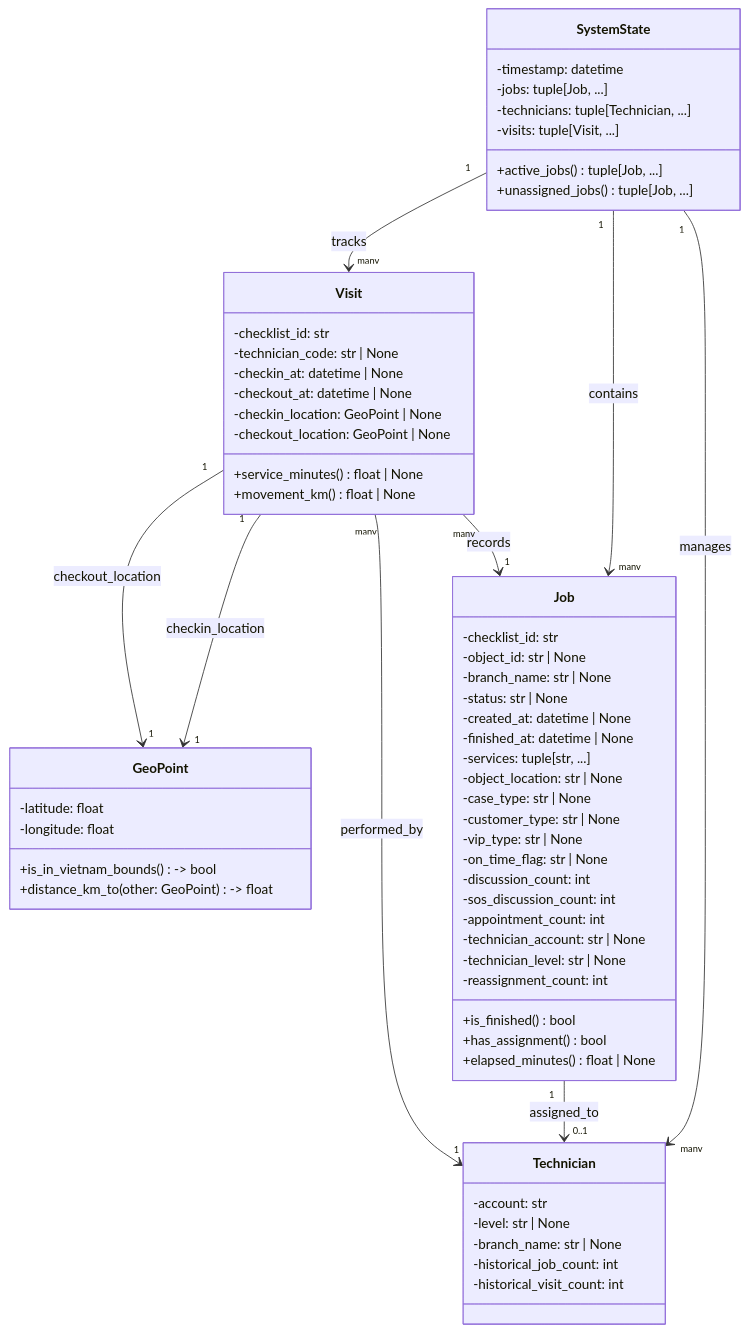
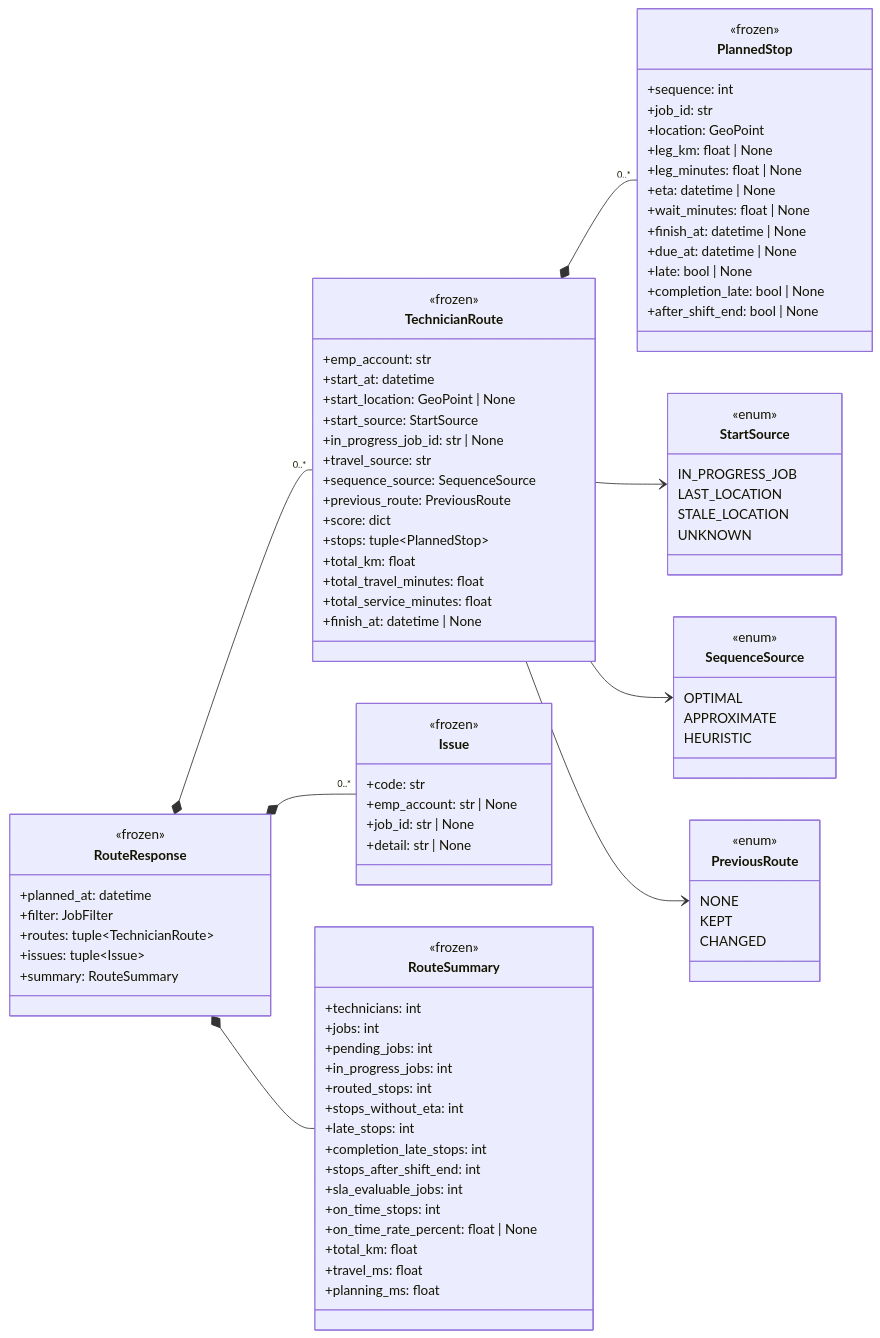
One commit to NguyenQuocPhu/ktv_optimization changed the fourth of 9 diagrams in UML_DIAGRAM.md. Above: the diagram before and after it, drawn with Mermaid. The commit also changed other lines of this file and 124 other files, not shown here.

````diff
--- a/UML_DIAGRAM.md
+++ b/UML_DIAGRAM.md
@@ -7,77 +183,95 @@
 ```mermaid
 classDiagram
-    %% Domain Models - GeoPoint
-    class GeoPoint {
-        -latitude: float
-        -longitude: float
-        +is_in_vietnam_bounds() -> bool
-        +distance_km_to(other: GeoPoint) -> float
+    direction LR
+    class RouteResponse {
+        <<frozen>>
+        +planned_at: datetime
+        +filter: JobFilter
+        +routes: tuple~TechnicianRoute~
+        +issues: tuple~Issue~
+        +summary: RouteSummary
     }
-
-    %% Domain Models - Job
-    class Job {
-        -checklist_id: str
-        -object_id: str | None
-        -branch_name: str | None
-        -status: str | None
-        -created_at: datetime | None
-        -finished_at: datetime | None
-        -services: tuple[str, ...]
-        -object_location: str | None
-        -case_type: str | None
-        -customer_type: str | None
-        -vip_type: str | None
-        -on_time_flag: str | None
-        -discussion_count: int
-        -sos_discussion_count: int
-        -appointment_count: int
-        -technician_account: str | None
-        -technician_level: str | None
-        -reassignment_count: int
-        +is_finished() bool
-        +has_assignment() bool
-        +elapsed_minutes() float | None
+    class TechnicianRoute {
+        <<frozen>>
+        +emp_account: str
+        +start_at: datetime
+        +start_location: GeoPoint | None
+        +start_source: StartSource
+        +in_progress_job_id: str | None
+        +travel_source: str
+        +sequence_source: SequenceSource
+        +previous_route: PreviousRoute
+        +score: dict
+        +stops: tuple~PlannedStop~
+        +total_km: float
+        +total_travel_minutes: float
+        +total_service_minutes: float
+        +finish_at: datetime | None
     }
-
-    %% Domain Models - Technician
-    class Technician {
-        -account: str
-        -level: str | None
-        -branch_name: str | None
-        -historical_job_count: int
-        -historical_visit_count: int
+    class PlannedStop {
+        <<frozen>>
+        +sequence: int
+        +job_id: str
+        +location: GeoPoint
+        +leg_km: float | None
+        +leg_minutes: float | None
+        +eta: datetime | None
+        +wait_minutes: float | None
+        +finish_at: datetime | None
+        +due_at: datetime | None
+        +late: bool | None
+        +completion_late: bool | None
+        +after_shift_end: bool | None
     }
-
-    %% Domain Models - Visit
-    class Visit {
-        -checklist_id: str
-        -technician_code: str | None
-        -checkin_at: datetime | None
-        -checkout_at: datetime | None
-        -checkin_location: GeoPoint | None
-        -checkout_location: GeoPoint | None
-        +service_minutes() float | None
-        +movement_km() float | None
+    class Issue {
+        <<frozen>>
+        +code: str
+        +emp_account: str | None
+        +job_id: str | None
+        +detail: str | None
     }
-
-    %% Domain Models - SystemState
-    class SystemState {
-        -timestamp: datetime
-        -jobs: tuple[Job, ...]
-        -technicians: tuple[Technician, ...]
-        -visits: tuple[Visit, ...]
-        +active_jobs() tuple[Job, ...]
-        +unassigned_jobs() tuple[Job, ...]
+    class RouteSummary {
+        <<frozen>>
+        +technicians: int
+        +jobs: int
+        +pending_jobs: int
+        +in_progress_jobs: int
+        +routed_stops: int
+        +stops_without_eta: int
+        +late_stops: int
+        +completion_late_stops: int
+        +stops_after_shift_end: int
+        +sla_evaluable_jobs: int
+        +on_time_stops: int
+        +on_time_rate_percent: float | None
+        +total_km: float
+        +travel_ms: float
+        +planning_ms: float
     }
-
-    %% Relationships
-    SystemState "1" --> "many" Job : contains
-    SystemState "1" --> "many" Technician : manages
-    SystemState "1" --> "many" Visit : tracks
-    
-    Job "1" --> "0..1" Technician : assigned_to
-    Visit "1" --> "1" GeoPoint : checkin_location
-    Visit "1" --> "1" GeoPoint : checkout_location
-    Visit "many" --> "1" Job : records
-    Visit "many" --> "1" Technician : performed_by
+    class StartSource {
+        <<enum>>
+        IN_PROGRESS_JOB
+        LAST_LOCATION
+        STALE_LOCATION
+        UNKNOWN
+    }
+    class SequenceSource {
+        <<enum>>
+        OPTIMAL
+        APPROXIMATE
+        HEURISTIC
+    }
+    class PreviousRoute {
+        <<enum>>
+        NONE
+        KEPT
+        CHANGED
+    }
+    RouteResponse *-- "0..*" TechnicianRoute
+    RouteResponse *-- "0..*" Issue
+    RouteResponse *-- RouteSummary
+    TechnicianRoute *-- "0..*" PlannedStop
+    TechnicianRoute --> StartSource
+    TechnicianRoute --> SequenceSource
+    TechnicianRoute --> PreviousRoute
 ```
````
